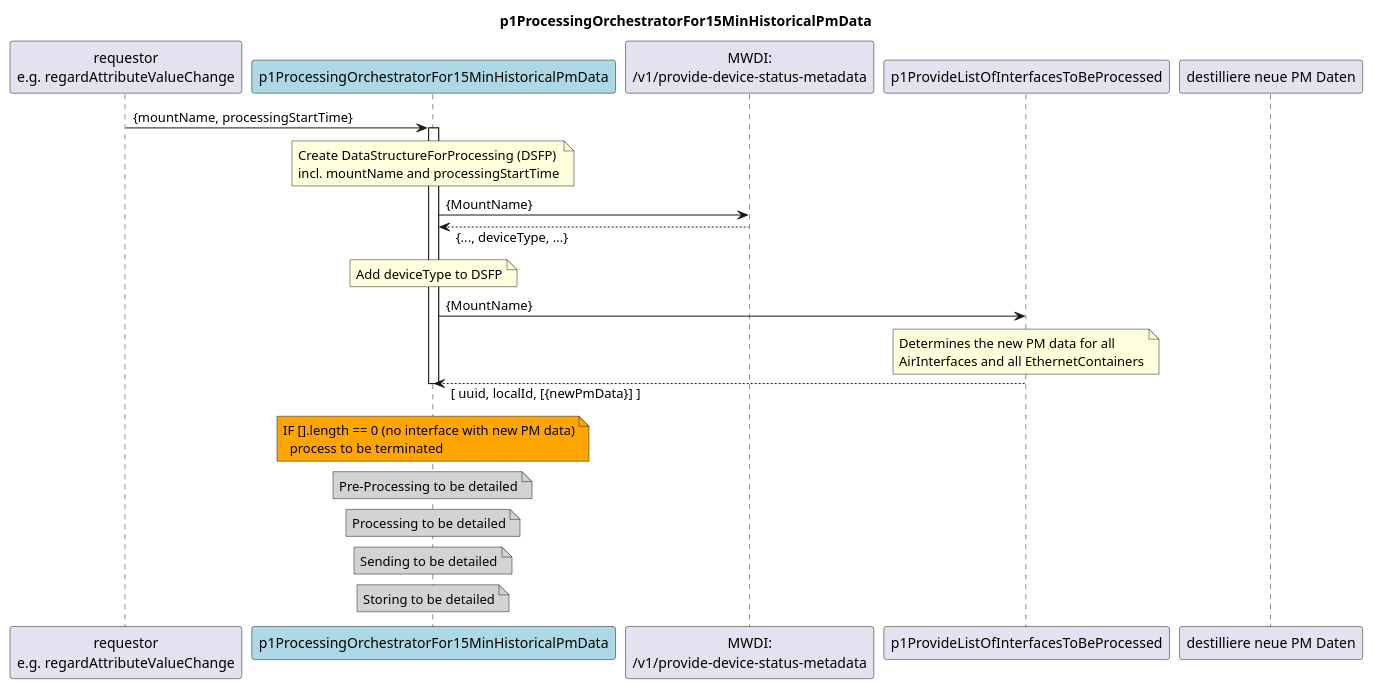
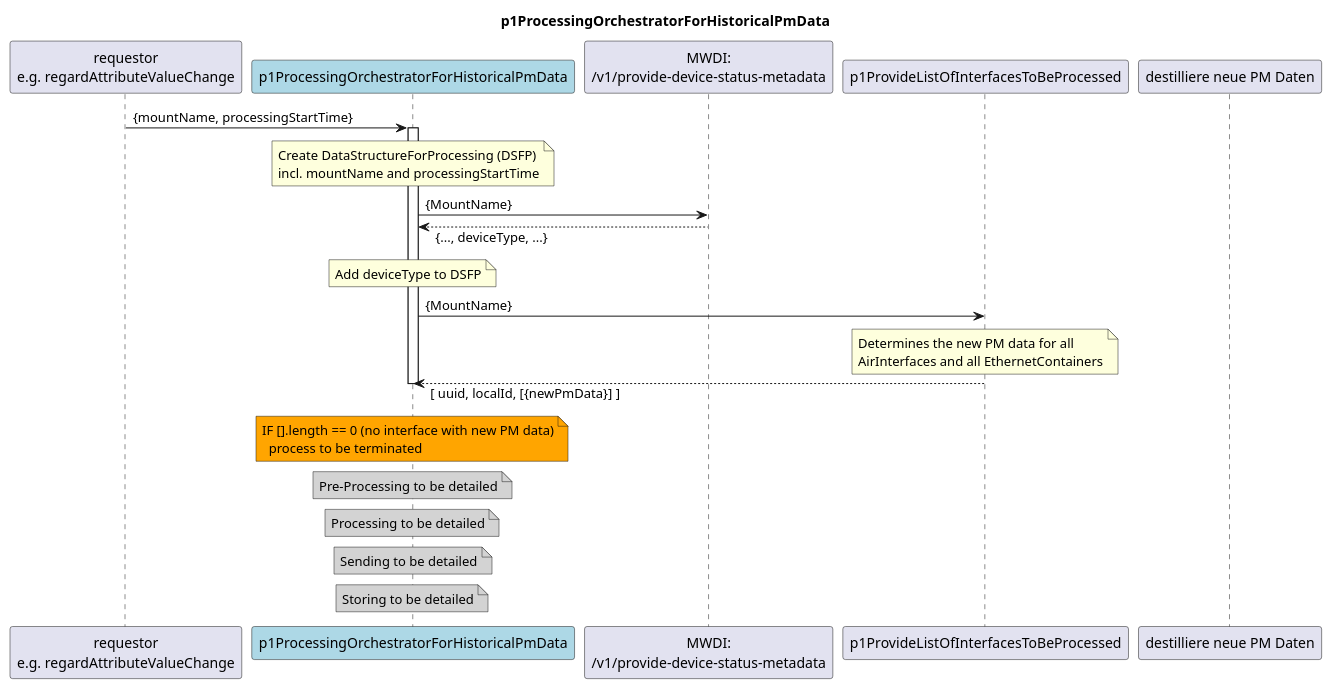
One commit to openBackhaul/DevicePerformanceManagementDataProcessor changed the diagram in spec/Functions/specificFunctions/p1ProcessingOrchestratorFor15MinHistoricalPmData/1.0.0/diagram.plantuml. Above: the diagram before and after it, drawn with PlantUML. The commit also changed 19 other files, not shown here.

Commit message:
Add diagram of Pre-Release

```diff
--- a/spec/Functions/specificFunctions/p1ProcessingOrchestratorFor15MinHistoricalPmData/1.0.0/diagram.plantuml
+++ b/spec/Functions/specificFunctions/p1ProcessingOrchestratorFor15MinHistoricalPmData/1.0.0/diagram.plantuml
@@ -1,64 +1,64 @@
 @startuml diagram
 skinparam responseMessageBelowArrow true
 
 title
-  p1ProcessingOrchestratorFor15MinHistoricalPmData
+  p1ProcessingOrchestratorForHistoricalPmData
 end title
 
 participant "requestor\ne.g. regardAttributeValueChange" as requestor
-participant "p1ProcessingOrchestratorFor15MinHistoricalPmData" as PO15 #LightBlue
+participant "p1ProcessingOrchestratorForHistoricalPmData" as PO15 #LightBlue
 participant "MWDI:\n/v1/provide-device-status-metadata" as metadata
 participant "p1ProvideListOfInterfacesToBeProcessed" as ITBP
 
 
 participant "destilliere neue PM Daten" as DesignedDomainBorderThickness
 
 
 requestor -> PO15 : {mountName, processingStartTime}
 activate PO15
 note over PO15
   Create DataStructureForProcessing (DSFP)
   incl. mountName and processingStartTime
 end note
 
 PO15 -> metadata : {MountName}
 PO15 <-- metadata : {..., deviceType, ...}
 note over PO15
   Add deviceType to DSFP
 end note
 
 PO15 -> ITBP : {MountName}
   note over ITBP
     Determines the new PM data for all 
     AirInterfaces and all EthernetContainers
   end note
 PO15 <-- ITBP : [ uuid, localId, [{newPmData}] ]
 
 note over PO15 #Orange
   IF [].length == 0 (no interface with new PM data)
     process to be terminated
 end note
 
 
 
 note over PO15 #LightGray
   Pre-Processing to be detailed
 end note
 
 note over PO15 #LightGray
   Processing to be detailed
 end note
 
 note over PO15 #LightGray
   Sending to be detailed
 end note
 
 note over PO15 #LightGray
   Storing to be detailed
 end note
 
 
 
 deactivate PO15
 
 @enduml
```
